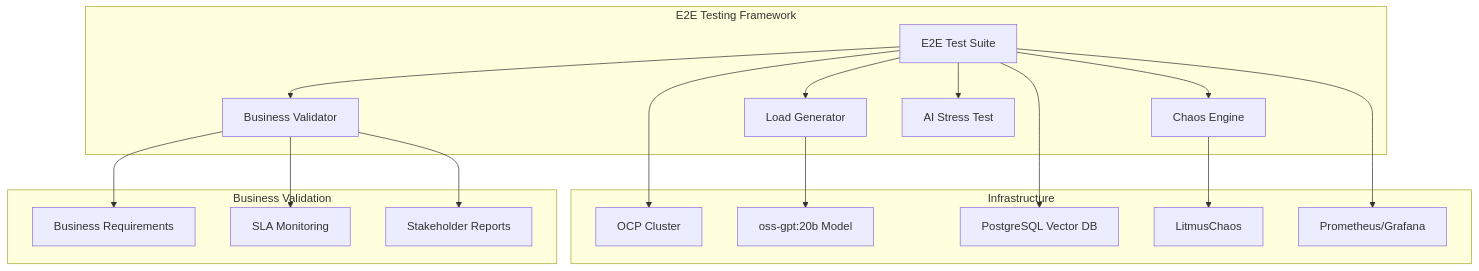
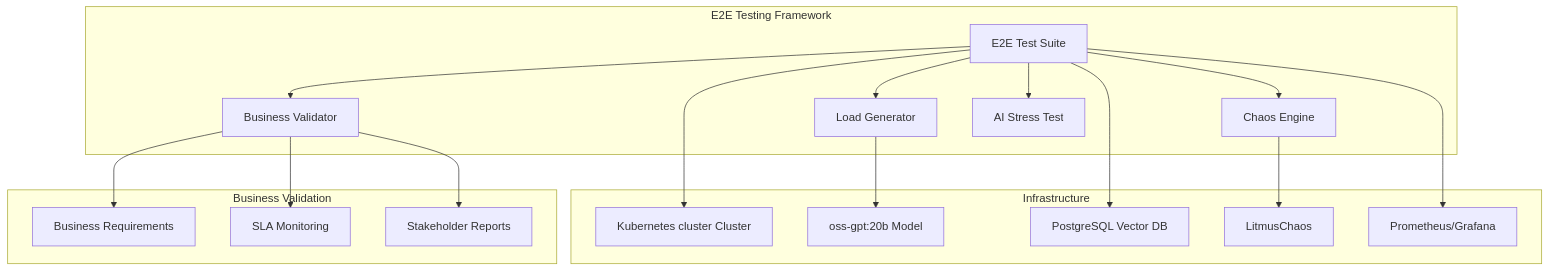
One commit to jordigilh/kubernaut changed the diagram in docs/development/e2e-testing/E2E_TESTING_APPROACH_INDEX.md. Above: the diagram before and after it, drawn with Mermaid. The commit also changed other lines of this file and 504 other files, not shown here.

````diff
--- a/docs/development/e2e-testing/E2E_TESTING_APPROACH_INDEX.md
+++ b/docs/development/e2e-testing/E2E_TESTING_APPROACH_INDEX.md
@@ -103,39 +103,39 @@
 ```mermaid
 graph TB
     subgraph "E2E Testing Framework"
         ETS[E2E Test Suite]
         CE[Chaos Engine]
         BV[Business Validator]
         LG[Load Generator]
         AR[AI Stress Test]
     end
 
     subgraph "Infrastructure"
-        OCP[OCP Cluster]
+        OCP[Kubernetes cluster Cluster]
         AI[oss-gpt:20b Model]
         PG[PostgreSQL Vector DB]
         LC[LitmusChaos]
         PM[Prometheus/Grafana]
     end
 
     subgraph "Business Validation"
         BR[Business Requirements]
         SLA[SLA Monitoring]
         REP[Stakeholder Reports]
     end
 
     ETS --> CE
     ETS --> BV
     ETS --> LG
     ETS --> AR
 
     CE --> LC
     LG --> AI
     BV --> BR
     BV --> SLA
     BV --> REP
 
     ETS --> OCP
     ETS --> PG
     ETS --> PM
 ```
````
